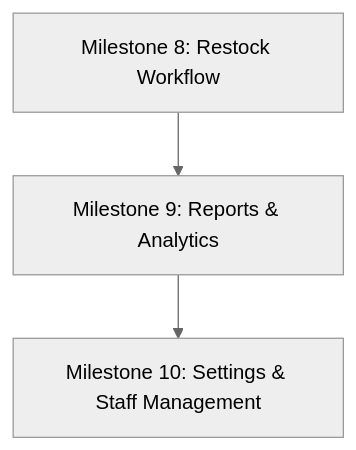
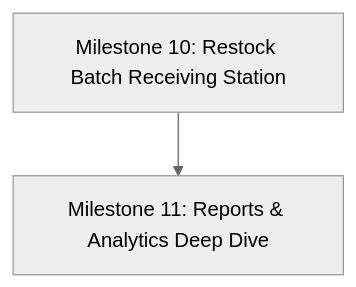
One commit to toluene-18/-pos-inventory-project changed the diagram in HANDOVER_PLAN.md. Above: the diagram before and after it, drawn with Mermaid (neutral theme). The commit also changed other lines of this file and 31 other files, not shown here.

Commit message:
feat: implement settings & staff management, product image uploads, and mockup modal refinements

````diff
--- a/HANDOVER_PLAN.md
+++ b/HANDOVER_PLAN.md
@@ -118,5 +130,4 @@
 ```mermaid
 flowchart TD
-    A[Milestone 8: Restock Workflow] --> B[Milestone 9: Reports & Analytics]
-    B --> C[Milestone 10: Settings & Staff Management]
+    A[Milestone 10: Restock Batch Receiving Station] --> B[Milestone 11: Reports & Analytics Deep Dive]
 ```
````
